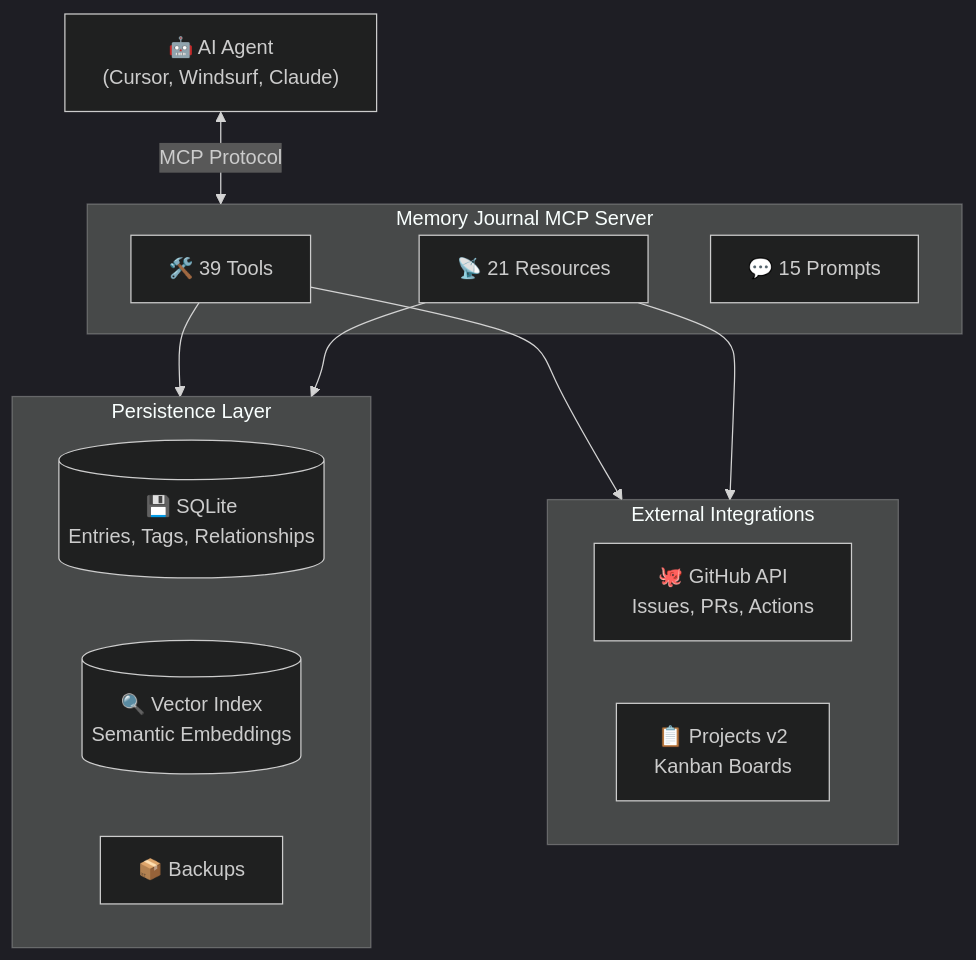
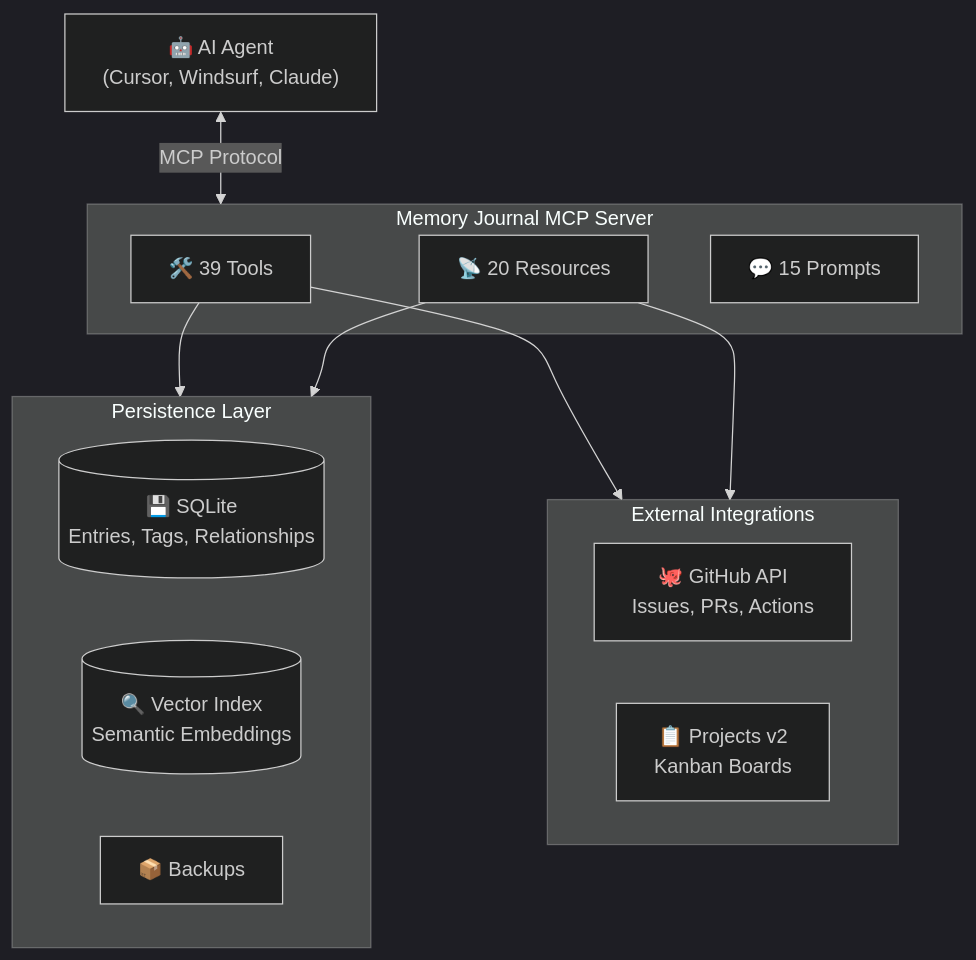
Before and after one commit to neverinfamous/memory-journal-mcp: the second of 2 diagrams in README.md, drawn with Mermaid (dark theme). The commit also changed other lines of this file and 16 other files, not shown here.

````diff
--- a/README.md
+++ b/README.md
@@ -539,27 +540,27 @@
 ```mermaid
 flowchart TB
     AI["🤖 AI Agent<br/>(Cursor, Windsurf, Claude)"]
 
     subgraph MCP["Memory Journal MCP Server"]
         Tools["🛠️ 39 Tools"]
-        Resources["📡 21 Resources"]
+        Resources["📡 20 Resources"]
         Prompts["💬 15 Prompts"]
     end
 
     subgraph Storage["Persistence Layer"]
         SQLite[("💾 SQLite<br/>Entries, Tags, Relationships")]
         Vector[("🔍 Vector Index<br/>Semantic Embeddings")]
         Backups["📦 Backups"]
     end
 
     subgraph External["External Integrations"]
         GitHub["🐙 GitHub API<br/>Issues, PRs, Actions"]
         Kanban["📋 Projects v2<br/>Kanban Boards"]
     end
 
     AI <-->|"MCP Protocol"| MCP
     Tools --> Storage
     Tools --> External
     Resources --> Storage
     Resources --> External
 ```
````
